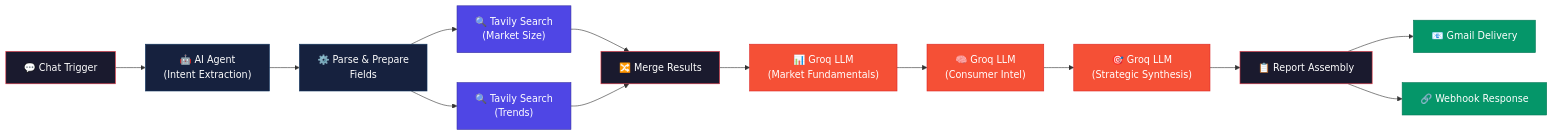
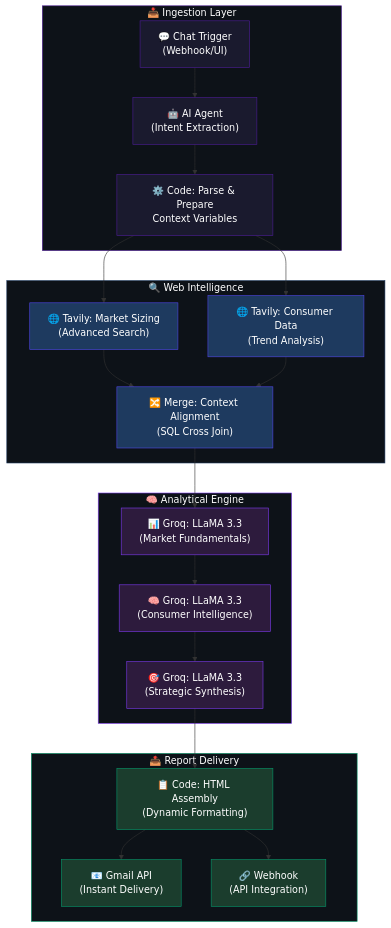
Before and after one commit to RishabJainhub/market-research-pipeline: the diagram in README.md, drawn with Mermaid. The commit also changed other lines of this file and 1 other file, not shown here.

Commit message:
style: elevate toolkit aesthetics with Elite visuals and refined architecture

````diff
--- a/README.md
+++ b/README.md
@@ -33,28 +33,44 @@
 ```mermaid
-flowchart LR
-    A["💬 Chat Trigger"] --> B["🤖 AI Agent\n(Intent Extraction)"]
-    B --> C["⚙️ Parse & Prepare\nFields"]
-    C --> D["🔍 Tavily Search\n(Market Size)"]
-    C --> E["🔍 Tavily Search\n(Trends)"]
-    D --> F["🔀 Merge Results"]
-    E --> F
-    F --> G["📊 Groq LLM\n(Market Fundamentals)"]
-    G --> H["🧠 Groq LLM\n(Consumer Intel)"]
-    H --> I["🎯 Groq LLM\n(Strategic Synthesis)"]
-    I --> J["📋 Report Assembly"]
-    J --> K["📧 Gmail Delivery"]
-    J --> L["🔗 Webhook Response"]
+flowchart TD
+    subgraph INGESTION ["📥 Ingestion Layer"]
+        A["💬 Chat Trigger\n(Webhook/UI)"] --> B["🤖 AI Agent\n(Intent Extraction)"]
+        B --> C["⚙️ Code: Parse & Prepare\nContext Variables"]
+    end
 
-    style A fill:#1a1a2e,stroke:#e63946,color:#fff
-    style B fill:#16213e,stroke:#0f3460,color:#fff
-    style C fill:#16213e,stroke:#0f3460,color:#fff
-    style D fill:#4F46E5,stroke:#3730A3,color:#fff
-    style E fill:#4F46E5,stroke:#3730A3,color:#fff
-    style F fill:#1a1a2e,stroke:#e63946,color:#fff
-    style G fill:#F55036,stroke:#DC2626,color:#fff
-    style H fill:#F55036,stroke:#DC2626,color:#fff
-    style I fill:#F55036,stroke:#DC2626,color:#fff
-    style J fill:#1a1a2e,stroke:#e63946,color:#fff
-    style K fill:#059669,stroke:#047857,color:#fff
-    style L fill:#059669,stroke:#047857,color:#fff
+    subgraph DISCOVERY ["🔍 Web Intelligence"]
+        C --> D["🌐 Tavily: Market Sizing\n(Advanced Search)"]
+        C --> E["🌐 Tavily: Consumer Data\n(Trend Analysis)"]
+        D --> F["🔀 Merge: Context Alignment\n(SQL Cross Join)"]
+        E --> F
+    end
+
+    subgraph ANALYSIS ["🧠 Analytical Engine"]
+        F --> G["📊 Groq: LLaMA 3.3\n(Market Fundamentals)"]
+        G --> H["🧠 Groq: LLaMA 3.3\n(Consumer Intelligence)"]
+        H --> I["🎯 Groq: LLaMA 3.3\n(Strategic Synthesis)"]
+    end
+
+    subgraph DELIVERY ["📤 Report Delivery"]
+        I --> J["📋 Code: HTML Assembly\n(Dynamic Formatting)"]
+        J --> K["📧 Gmail API\n(Instant Delivery)"]
+        J --> L["🔗 Webhook\n(API Integration)"]
+    end
+
+    style INGESTION fill:#0d1218,stroke:#4c1d95,color:#fff
+    style DISCOVERY fill:#0d1218,stroke:#1e3a5f,color:#fff
+    style ANALYSIS fill:#0d1218,stroke:#7c3aed,color:#fff
+    style DELIVERY fill:#0d1218,stroke:#059669,color:#fff
+    
+    style A fill:#1a1a2e,stroke:#4c1d95,color:#fff
+    style B fill:#1a1a2e,stroke:#4c1d95,color:#fff
+    style C fill:#1a1a2e,stroke:#4c1d95,color:#fff
+    style D fill:#1e3a5f,stroke:#4F46E5,color:#fff
+    style E fill:#1e3a5f,stroke:#4F46E5,color:#fff
+    style F fill:#1e3a5f,stroke:#4F46E5,color:#fff
+    style G fill:#2d1b3d,stroke:#7C3AED,color:#fff
+    style H fill:#2d1b3d,stroke:#7C3AED,color:#fff
+    style I fill:#2d1b3d,stroke:#7C3AED,color:#fff
+    style J fill:#1b3d2d,stroke:#059669,color:#fff
+    style K fill:#1b3d2d,stroke:#059669,color:#fff
+    style L fill:#1b3d2d,stroke:#059669,color:#fff
 ```
````
